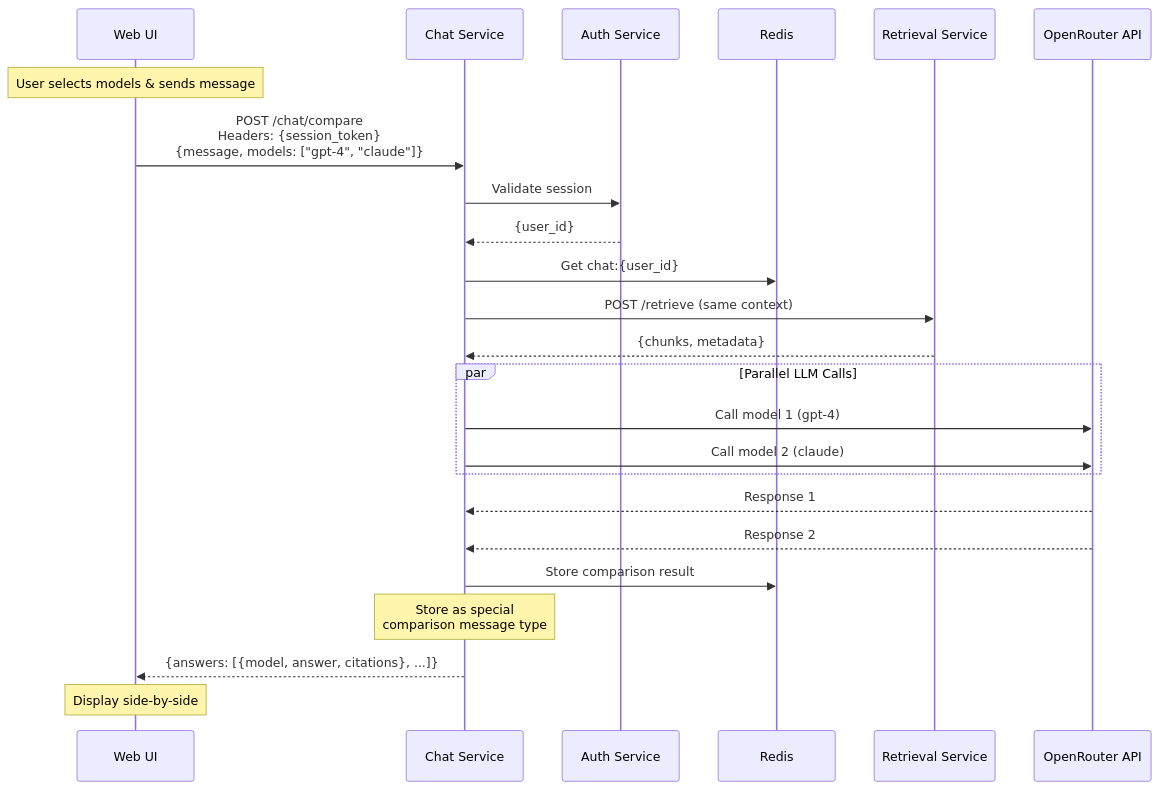
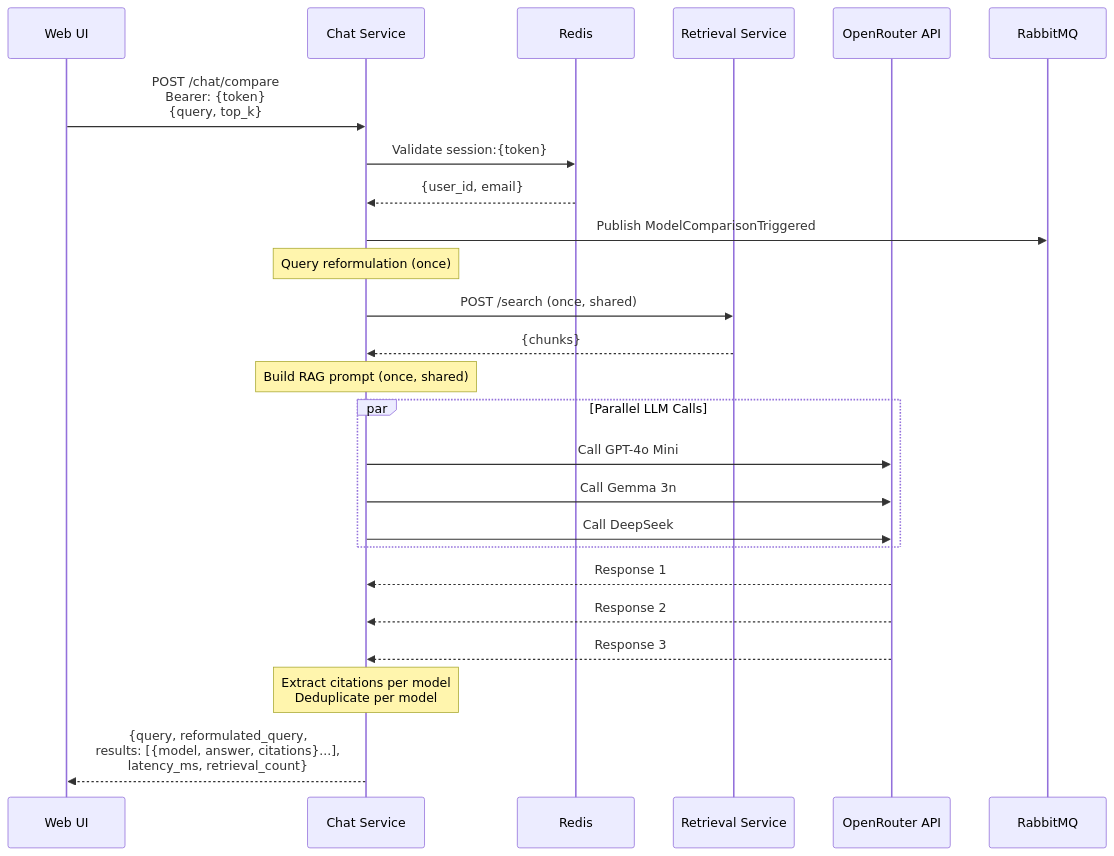
Before and after one commit to Th30utcast/MARP-Guide-AI: the first of 2 diagrams in docs/services/Tier2_MultiModel.md, drawn with Mermaid. The commit also changed other lines of this file and 16 other files, not shown here.

````diff
--- a/docs/services/Tier2_MultiModel.md
+++ b/docs/services/Tier2_MultiModel.md
@@ -17,36 +75,35 @@
-``` mermaid
+```mermaid
 sequenceDiagram
-  participant U as Web UI
-  participant C as Chat Service
-  participant A as Auth Service
-  participant R as Redis
-  participant Ret as Retrieval Service
-  participant OR as OpenRouter API
+    participant UI as Web UI
+    participant Chat as Chat Service
+    participant Redis as Redis
+    participant Ret as Retrieval Service
+    participant OR as OpenRouter API
+    participant MQ as RabbitMQ
 
-  Note over U: User selects models & sends message
+    UI->>Chat: POST /chat/compare<br/>Bearer: {token}<br/>{query, top_k}
+    Chat->>Redis: Validate session:{token}
+    Redis-->>Chat: {user_id, email}
 
-  U->>C: POST /chat/compare<br/>Headers: {session_token}<br/>{message, models: ["gpt-4", "claude"]}
+    Chat->>MQ: Publish ModelComparisonTriggered
 
-  C->>A: Validate session
-  A-->>C: {user_id}
+    Note over Chat: Query reformulation (once)
+    Chat->>Ret: POST /search (once, shared)
+    Ret-->>Chat: {chunks}
 
-  C->>R: Get chat:{user_id}
-  C->>Ret: POST /retrieve (same context)
-  Ret-->>C: {chunks, metadata}
+    Note over Chat: Build RAG prompt (once, shared)
 
-  par Parallel LLM Calls
-    C->>OR: Call model 1 (gpt-4)
-    C->>OR: Call model 2 (claude)
-  end
+    par Parallel LLM Calls
+        Chat->>OR: Call GPT-4o Mini
+        Chat->>OR: Call Gemma 3n
+        Chat->>OR: Call DeepSeek
+    end
 
-  OR-->>C: Response 1
-  OR-->>C: Response 2
+    OR-->>Chat: Response 1
+    OR-->>Chat: Response 2
+    OR-->>Chat: Response 3
 
-  C->>R: Store comparison result
+    Note over Chat: Extract citations per model<br/>Deduplicate per model
 
-  Note over C: Store as special<br/>comparison message type
-
-  C-->>U: {answers: [{model, answer, citations}, ...]}
-
-  Note over U: Display side-by-side
+    Chat-->>UI: {query, reformulated_query,<br/>results: [{model, answer, citations}...],<br/>latency_ms, retrieval_count}
 ```
````
